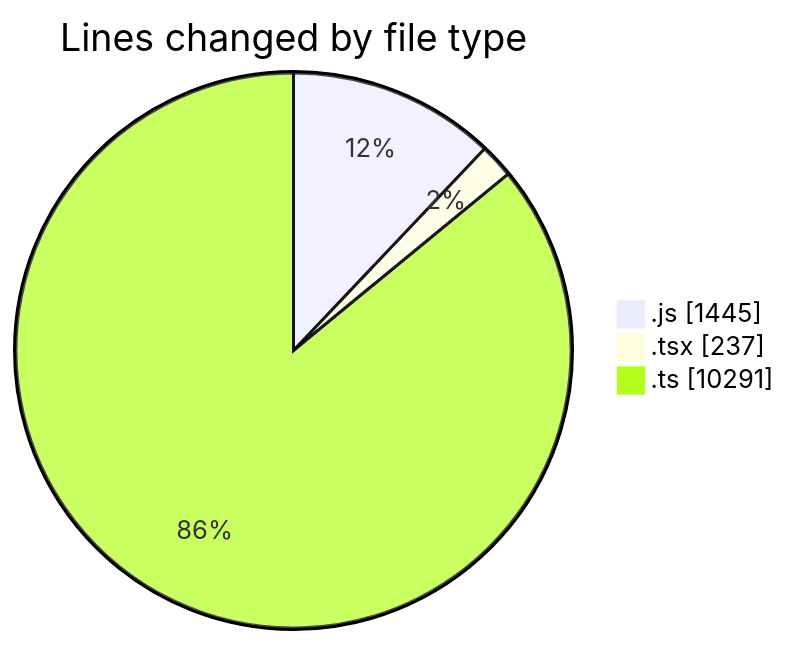
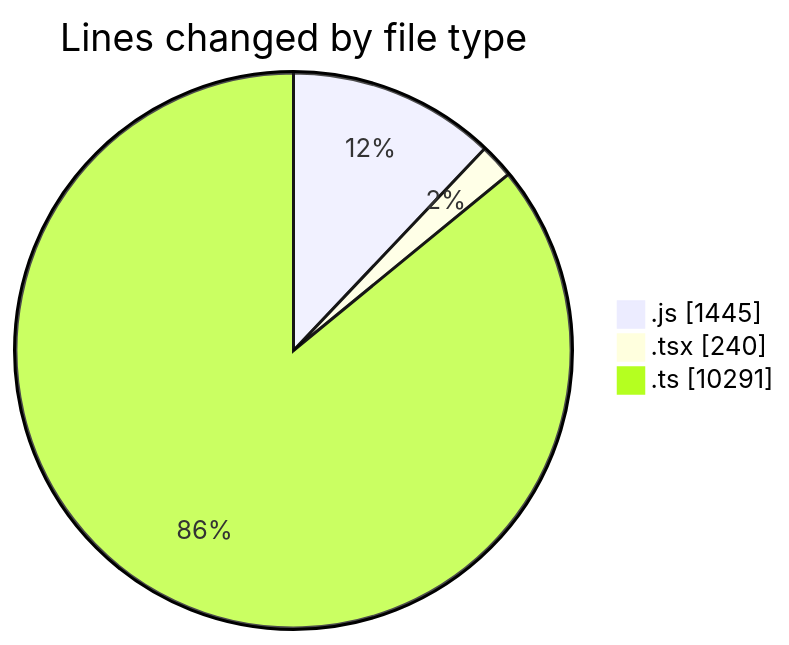
Before and after one commit to momahboobian/code-tracking: the first of 2 diagrams in 2025-03-13/cda/README.md, drawn with Mermaid. The commit also changed other lines of this file and 1 other file, not shown here.

````diff
--- a/2025-03-13/cda/README.md
+++ b/2025-03-13/cda/README.md
@@ -32,7 +32,7 @@
 ```mermaid
 pie showData
 title Lines changed by file type
 ".js" : 1445
-".tsx" : 237
+".tsx" : 240
 ".ts" : 10291
 ```
````
